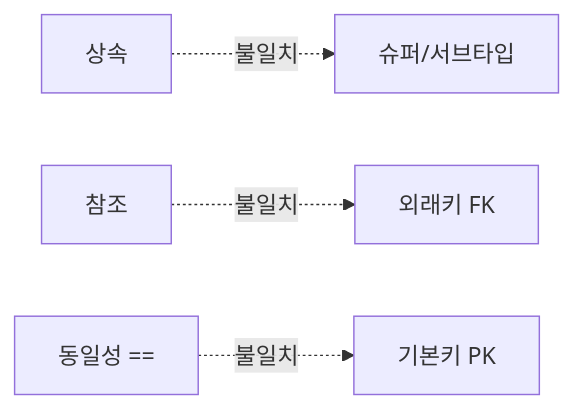
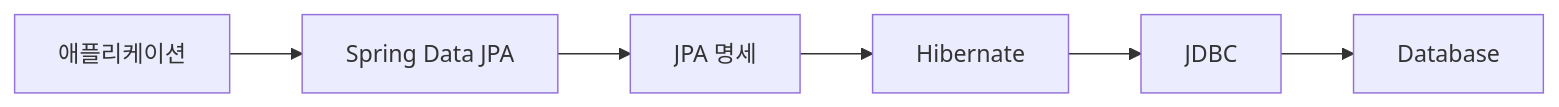
Before and after one commit to yjkim2015/yjkim2015.github.io: the first of 7 diagrams in _posts/jpa/2026-05-01-jpa-fundamentals.md, drawn with Mermaid. The commit also changed other lines of this file and 4 other files, not shown here.

First line of the commit message:
5개 포스트 시니어급 심화 (Spring MVC/WebFlux, JPA 3개)

````diff
--- a/_posts/jpa/2026-05-01-jpa-fundamentals.md
+++ b/_posts/jpa/2026-05-01-jpa-fundamentals.md
@@ -25,6 +25,8 @@
 ```mermaid
 graph LR
-    O1["상속"] -.->|불일치| D1["슈퍼/서브타입"]
-    O2["참조"] -.->|불일치| D2["외래키 FK"]
-    O3["동일성 =="] -.->|불일치| D3["기본키 PK"]
+    APP["애플리케이션"] --> SDJ["Spring Data JPA"]
+    SDJ --> JPA["JPA 명세"]
+    JPA --> HIB["Hibernate"]
+    HIB --> JDBC["JDBC"]
+    JDBC --> DB["Database"]
 ```
````
